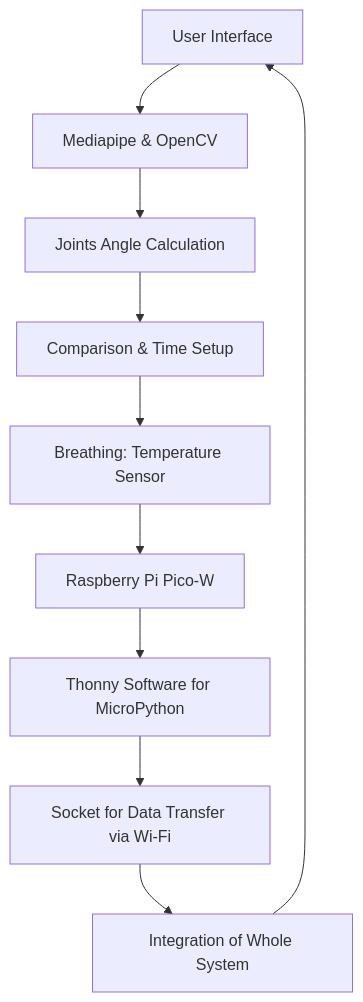
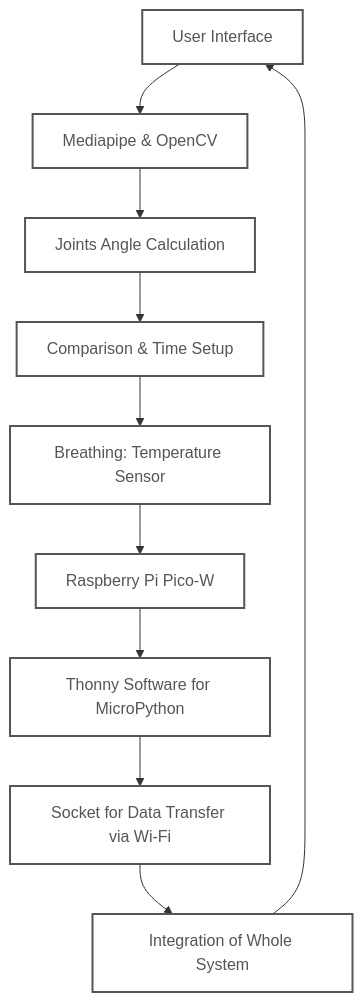
Before and after one commit to simplyrin2/DigitalYogaMaster: the diagram in README.md, drawn with Mermaid.

````diff
--- a/README.md
+++ b/README.md
@@ -55,16 +55,16 @@
 ```mermaid
 graph TD
     A[User Interface] --> B[Mediapipe & OpenCV]
     B --> C[Joints Angle Calculation]
     C --> D[Comparison & Time Setup]
     D --> E[Breathing: Temperature Sensor]
     E --> F[Raspberry Pi Pico-W]
     F --> G[Thonny Software for MicroPython]
     G --> H[Socket for Data Transfer via Wi-Fi]
     H --> I[Integration of Whole System]
     I --> A
 
     %% Set text color to white
-    classDef whiteText fill:#ffffff,stroke:#555,stroke-width:2px
-    class A,B,C,D,E,F,G,H,I blackText
+    classDef whiteText fill:#ffffff,stroke:#555,stroke-width:2px,color:#555;
+    class A,B,C,D,E,F,G,H,I whiteText
 ```
````
